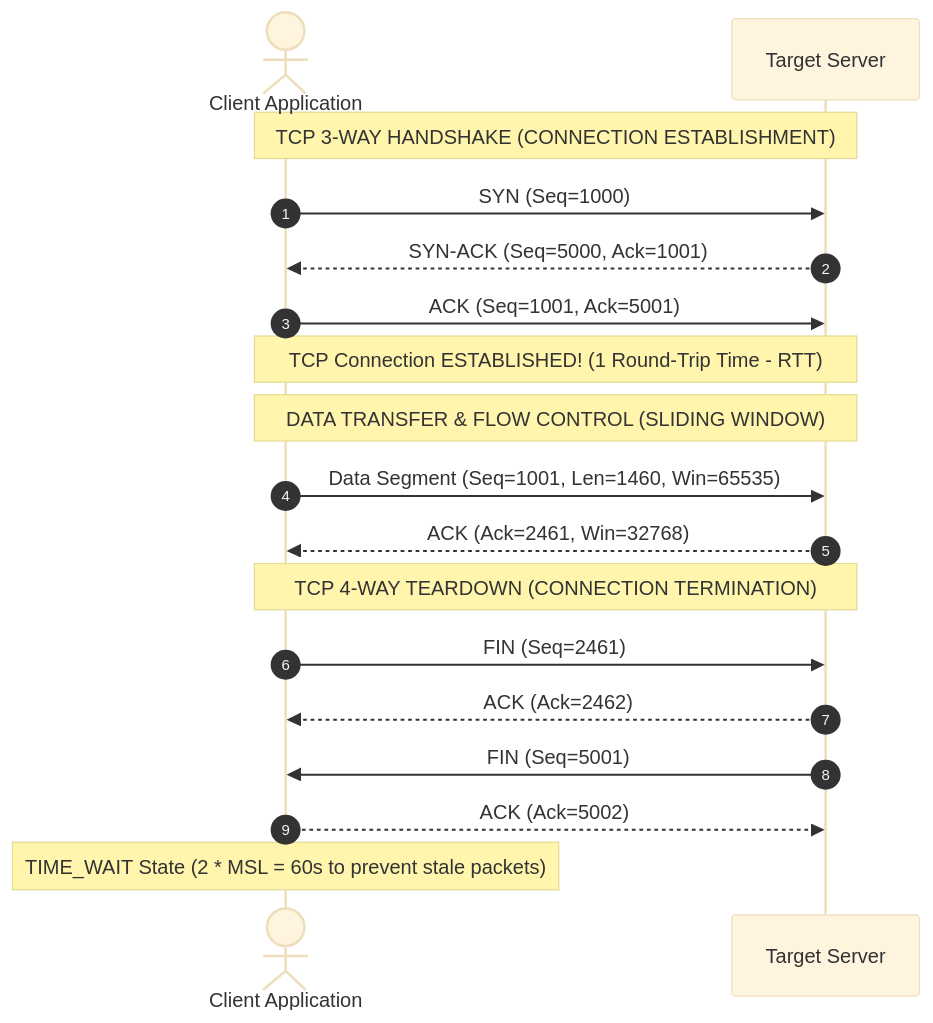
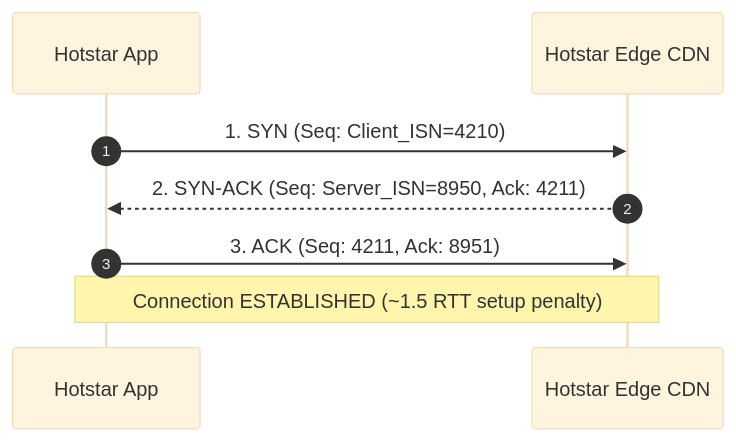
One commit to Amie-dev/engineering-playbook changed the second of 4 diagrams in system-design-notes/03-networking-deep-dive.md. Above: the diagram before and after it, drawn with Mermaid (base theme). The commit also changed other lines of this file and 33 other files, not shown here.

````diff
--- a/system-design-notes/03-networking-deep-dive.md
+++ b/system-design-notes/03-networking-deep-dive.md
@@ -55,23 +31,11 @@
 ```mermaid
 sequenceDiagram
     autonumber
-    actor Client as Client Application
-    participant Server as Target Server
-    
-    note over Client,Server: TCP 3-WAY HANDSHAKE (CONNECTION ESTABLISHMENT)
-    Client->>Server: SYN (Seq=1000)
-    Server-->>Client: SYN-ACK (Seq=5000, Ack=1001)
-    Client->>Server: ACK (Seq=1001, Ack=5001)
-    note over Client,Server: TCP Connection ESTABLISHED! (1 Round-Trip Time - RTT)
+    participant Client as Hotstar App
+    participant Server as Hotstar Edge CDN
 
-    note over Client,Server: DATA TRANSFER & FLOW CONTROL (SLIDING WINDOW)
-    Client->>Server: Data Segment (Seq=1001, Len=1460, Win=65535)
-    Server-->>Client: ACK (Ack=2461, Win=32768)
-
-    note over Client,Server: TCP 4-WAY TEARDOWN (CONNECTION TERMINATION)
-    Client->>Server: FIN (Seq=2461)
-    Server-->>Client: ACK (Ack=2462)
-    Server->>Client: FIN (Seq=5001)
-    Client-->>Server: ACK (Ack=5002)
-    note over Client: TIME_WAIT State (2 * MSL = 60s to prevent stale packets)
+    Client->>Server: 1. SYN (Seq: Client_ISN=4210)
+    Server-->>Client: 2. SYN-ACK (Seq: Server_ISN=8950, Ack: 4211)
+    Client->>Server: 3. ACK (Seq: 4211, Ack: 8951)
+    Note over Client,Server: Connection ESTABLISHED (~1.5 RTT setup penalty)
 ```
````
